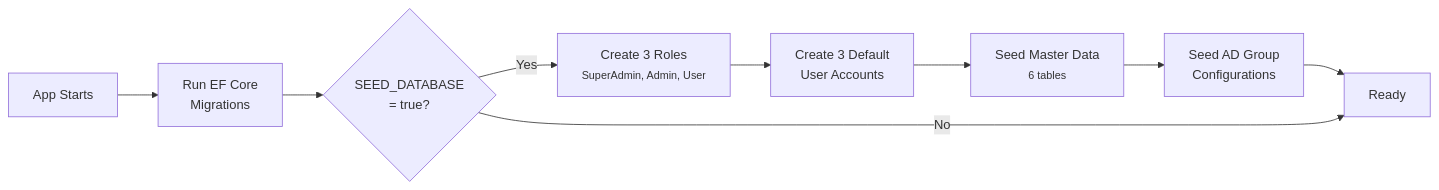
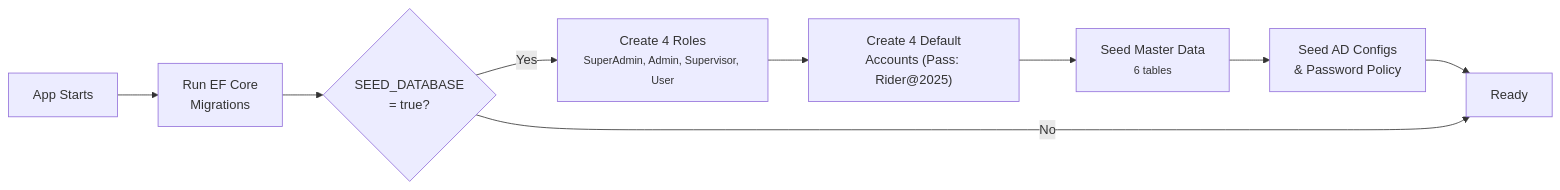
Before and after one commit to aminabibi19961996-gif/LostAndFoundApp: the fifth of 5 diagrams in README.md, drawn with Mermaid. The commit also changed other lines of this file and 24 other files, not shown here.

````diff
--- a/README.md
+++ b/README.md
@@ -859,12 +1018,11 @@
 ```mermaid
 flowchart LR
  A[App Starts] --> B["Run EF Core<br/>Migrations"]
  B --> C{SEED_DATABASE<br/>= true?}
- C -->|Yes| D["Create 3 Roles<br/><small>SuperAdmin, Admin, User</small>"]
- D --> E["Create 3 Default<br/>User Accounts"]
+ C -->|Yes| D["Create 4 Roles<br/><small>SuperAdmin, Admin, Supervisor, User</small>"]
+ D --> E["Create 4 Default<br/>Accounts (Pass: Rider@2025)"]
  E --> F["Seed Master Data<br/><small>6 tables</small>"]
- F --> G["Seed AD Group<br/>Configurations"]
+ F --> G["Seed AD Configs<br/>& Password Policy"]
  G --> H["Ready"]
  C -->|No| H
-
 ```
````
